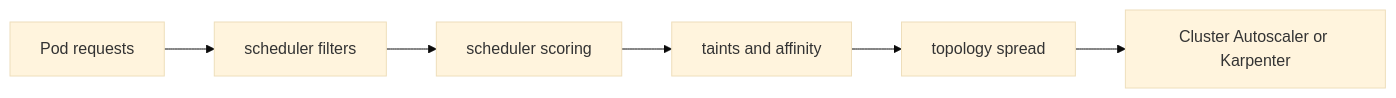
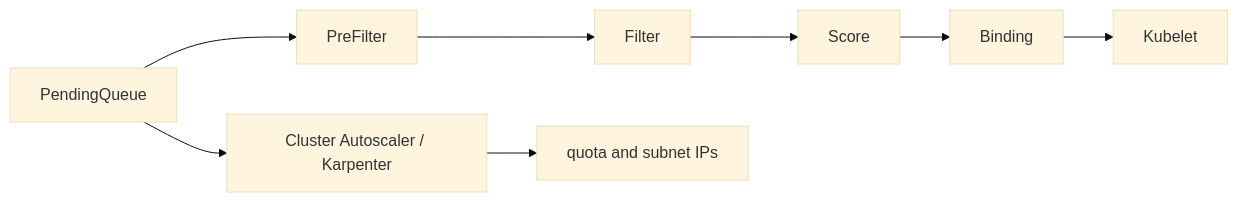
Before and after one commit to m1mohamad/devops-sre-prep: the diagram in docs/study/kubernetes/04-scheduling-and-capacity.md, drawn with Mermaid (base theme). The commit also changed other lines of this file and 106 other files, not shown here.

````diff
--- a/docs/study/kubernetes/04-scheduling-and-capacity.md
+++ b/docs/study/kubernetes/04-scheduling-and-capacity.md
@@ -15,4 +19,6 @@
 ```mermaid
 flowchart LR
-  N0[Pod requests] --> N1[scheduler filters] --> N2[scheduler scoring] --> N3[taints and affinity] --> N4[topology spread] --> N5[Cluster Autoscaler or Karpenter]
+  PendingQueue --> PreFilter --> Filter --> Score --> Binding
+  Binding --> Kubelet
+  PendingQueue --> Autoscaler[Cluster Autoscaler / Karpenter] --> Cloud[quota and subnet IPs]
 ```
````
